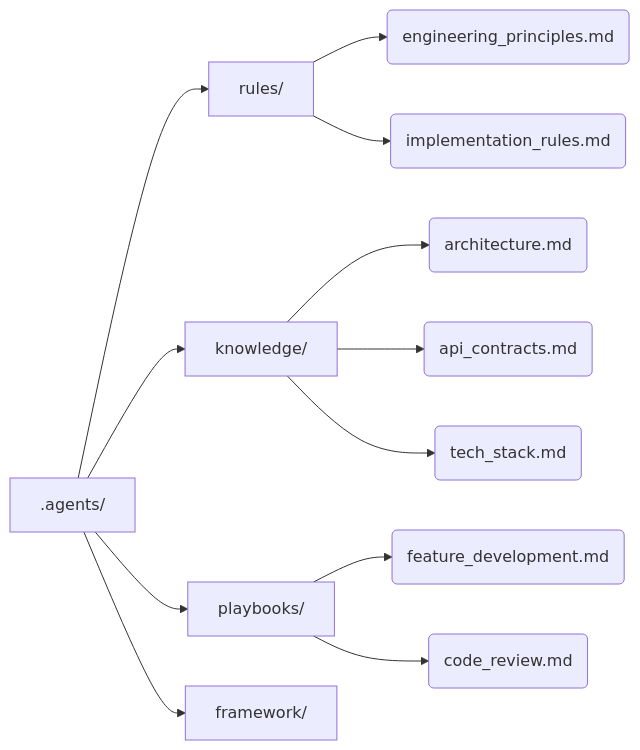
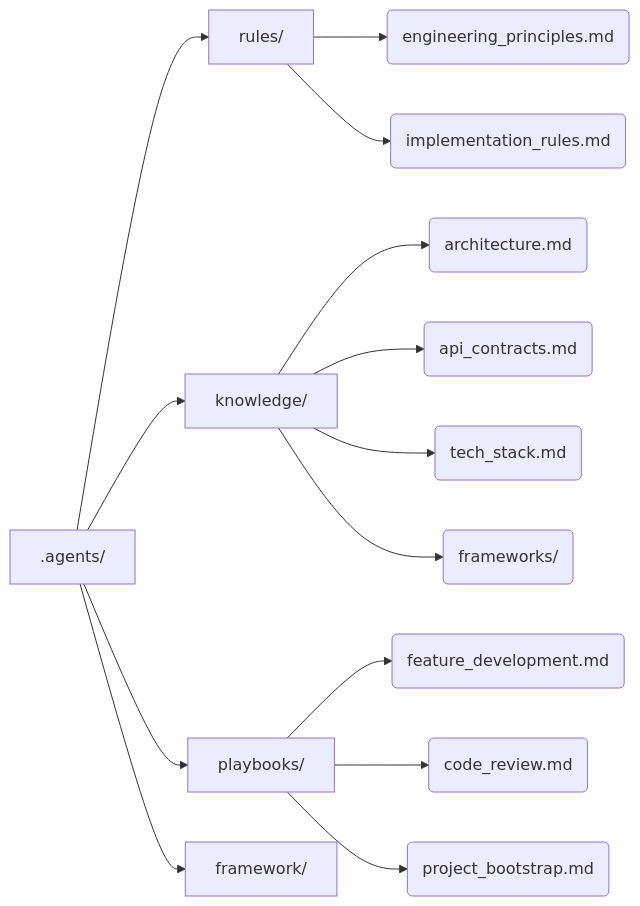
Before and after one commit to hvtrk/ai-skill-rules: the second of 2 diagrams in README.md, drawn with Mermaid. The commit also changed other lines of this file, not shown here.

````diff
--- a/README.md
+++ b/README.md
@@ -49,17 +52,19 @@
 ```mermaid
 graph LR
     A[.agents/] --> B[rules/]
     A --> C[knowledge/]
     A --> D[playbooks/]
     A --> E[framework/]
     
     B --> B1(engineering_principles.md)
     B --> B2(implementation_rules.md)
     
     C --> C1(architecture.md)
     C --> C2(api_contracts.md)
     C --> C3(tech_stack.md)
+    C --> C4(frameworks/)
     
     D --> D1(feature_development.md)
     D --> D2(code_review.md)
+    D --> D3(project_bootstrap.md)
 ```
````
